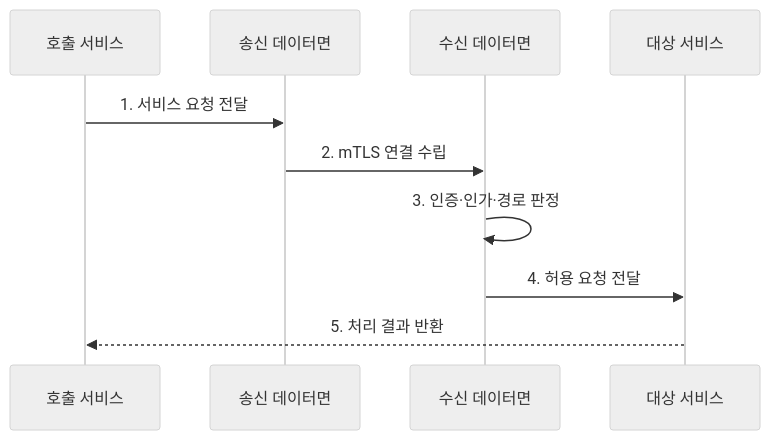
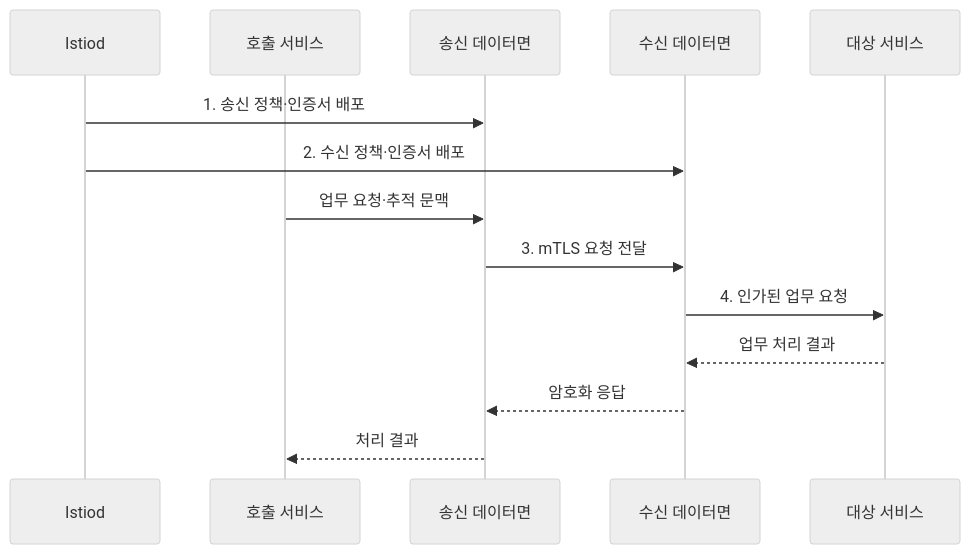
The second of 2 diagrams in src/content/docs/notes/03-software/160_istio_service_mesh.md (agnusdei1207/knowledge-base), drawn with Mermaid (neutral theme) before and after one commit. The commit also changed other lines of this file and 20 other files, not shown here.

````diff
--- a/src/content/docs/notes/03-software/160_istio_service_mesh.md
+++ b/src/content/docs/notes/03-software/160_istio_service_mesh.md
@@ -85,12 +90,16 @@
 ```mermaid
 sequenceDiagram
+    participant I as Istiod
     participant A as 호출 서비스
     participant S as 송신 데이터면
     participant D as 수신 데이터면
     participant B as 대상 서비스
-    A->>S: 1. 서비스 요청 전달
-    S->>D: 2. mTLS 연결 수립
-    D->>D: 3. 인증·인가·경로 판정
-    D->>B: 4. 허용 요청 전달
-    B-->>A: 5. 처리 결과 반환
+    I->>S: 1. 송신 정책·인증서 배포
+    I->>D: 2. 수신 정책·인증서 배포
+    A->>S: 업무 요청·추적 문맥
+    S->>D: 3. mTLS 요청 전달
+    D->>B: 4. 인가된 업무 요청
+    B-->>D: 업무 처리 결과
+    D-->>S: 암호화 응답
+    S-->>A: 처리 결과
 ```
````
